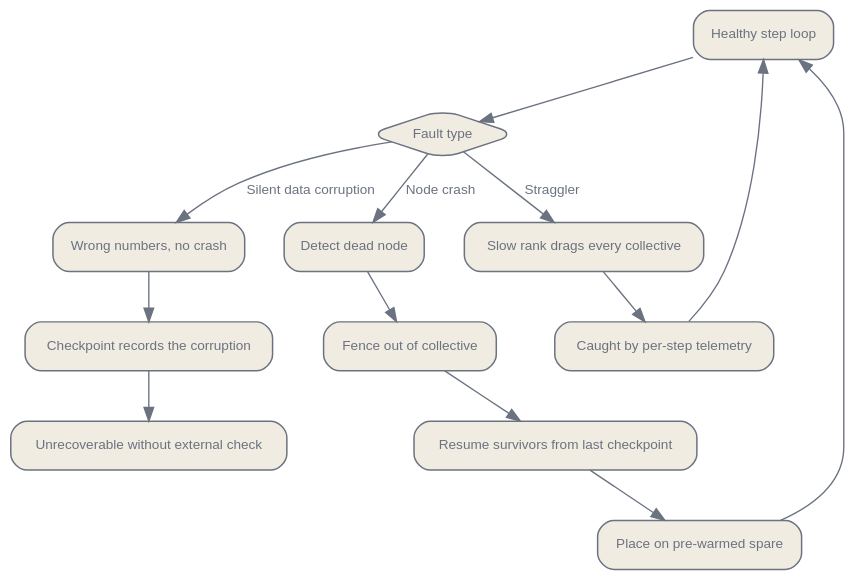
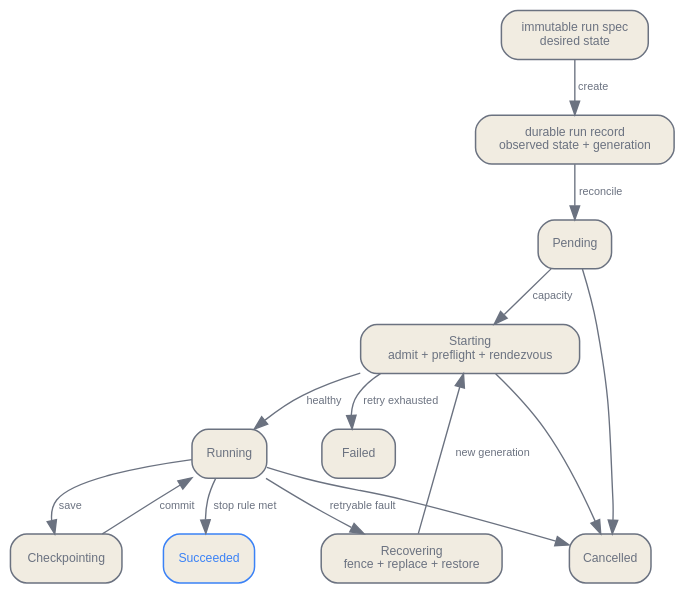
One commit to latere-ai/ai-as-an-infrastructure changed the first of 3 diagrams in en/infrastructure/04-orchestration-data-infra.qmd. Above: the diagram before and after it, drawn with Graphviz. The commit also changed other lines of this file and 3 other files, not shown here.

Commit message:
docs: rewrite orchestration and data infrastructure

````diff
--- a/en/infrastructure/04-orchestration-data-infra.qmd
+++ b/en/infrastructure/04-orchestration-data-infra.qmd
@@ -131,36 +57,37 @@
 ```{dot}
-//| label: fig-orchestration-recovery
-//| fig-cap: "A clean crash is caught and routed to elastic restart on spare capacity. The faults that do not crash cleanly escape that path and must be caught by observability or, in the case of silent corruption, are unrecoverable from any checkpoint."
+//| label: fig-orchestration-control-loop
+//| fig-cap: "The control plane persists desired and observed state, then reconciles one fenced run generation through admission, execution, recovery, and a terminal state."
 digraph {
   bgcolor="transparent";
   rankdir=TB;
-  nodesep=0.4; ranksep=0.5;
-  node [shape=box, style="rounded,filled", fontname="Helvetica", fontsize=10, color="#6b7280", fontcolor="#6b7280", fillcolor="#f1ece1", penwidth=1.1];
-  edge [fontsize=10, fontname="Helvetica", color="#6b7280", fontcolor="#6b7280"];
+  nodesep=0.35; ranksep=0.45;
+  node [shape=box, style="rounded,filled", fontname="Helvetica", fontsize=9,
+        color="#6b7280", fontcolor="#6b7280", fillcolor="#f1ece1", penwidth=1.1];
+  edge [fontname="Helvetica", fontsize=8, color="#6b7280", fontcolor="#6b7280"];
 
-  H [label="Healthy step loop"];
-  F [label="Fault type", shape=diamond];
-  D [label="Detect dead node"];
-  N [label="Fence out of collective"];
-  R [label="Resume survivors from last checkpoint"];
-  W [label="Place on pre-warmed spare"];
-  SL [label="Slow rank drags every collective"];
-  O [label="Caught by per-step telemetry"];
-  SC [label="Wrong numbers, no crash"];
-  X [label="Checkpoint records the corruption"];
-  U [label="Unrecoverable without external check"];
+  spec [label="immutable run spec\ndesired state"];
+  record [label="durable run record\nobserved state + generation"];
+  pending [label="Pending"];
+  starting [label="Starting\nadmit + preflight + rendezvous"];
+  running [label="Running"];
+  checkpointing [label="Checkpointing"];
+  recovering [label="Recovering\nfence + replace + restore"];
+  succeeded [label="Succeeded", color="#3b82f6", fontcolor="#3b82f6"];
+  failed [label="Failed"];
+  cancelled [label="Cancelled"];
 
-  H -> F;
-  F -> D [label="Node crash"];
-  D -> N;
-  N -> R;
-  R -> W;
-  W -> H;
-  F -> SL [label="Straggler"];
-  SL -> O;
-  O -> H;
-  F -> SC [label="Silent data corruption"];
-  SC -> X;
-  X -> U;
+  spec -> record [label="create"];
+  record -> pending [label="reconcile"];
+  pending -> starting [label="capacity"];
+  starting -> running [label="healthy"];
+  running -> checkpointing [label="save"];
+  checkpointing -> running [label="commit"];
+  running -> recovering [label="retryable fault"];
+  recovering -> starting [label="new generation"];
+  starting -> failed [label="retry exhausted"];
+  running -> succeeded [label="stop rule met"];
+  pending -> cancelled;
+  starting -> cancelled;
+  running -> cancelled;
 }
 ```
````
